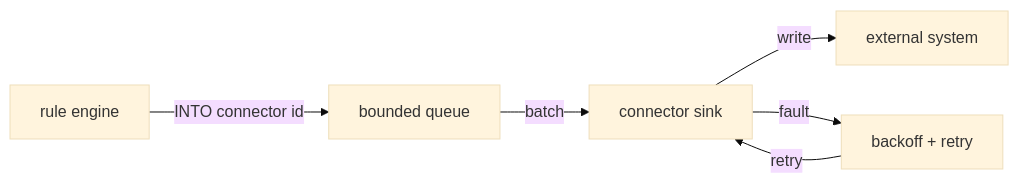
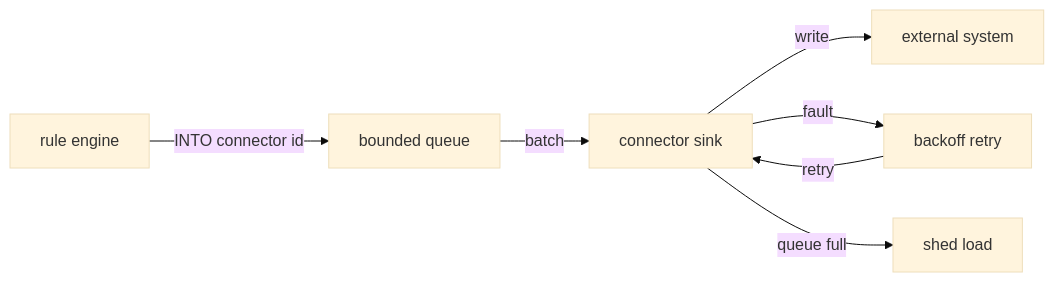
One commit to Indus-Stack/indramqtt changed the diagram in docs/connectors/index.md. Above: the diagram before and after it, drawn with Mermaid (base theme). The commit also changed other lines of this file and 19 other files, not shown here.

````diff
--- a/docs/connectors/index.md
+++ b/docs/connectors/index.md
@@ -12,8 +14,9 @@
 ```mermaid
 flowchart LR
     Rule["rule engine"] -- "INTO connector id" --> Queue["bounded queue"]
     Queue -- "batch" --> Sink["connector sink"]
     Sink -- "write" --> Ext["external system"]
-    Sink -- "fault" --> Back["backoff + retry"]
+    Sink -- "fault" --> Back["backoff retry"]
     Back -- "retry" --> Sink
+    Sink -- "queue full" --> Drop["shed load"]
 ```
````
